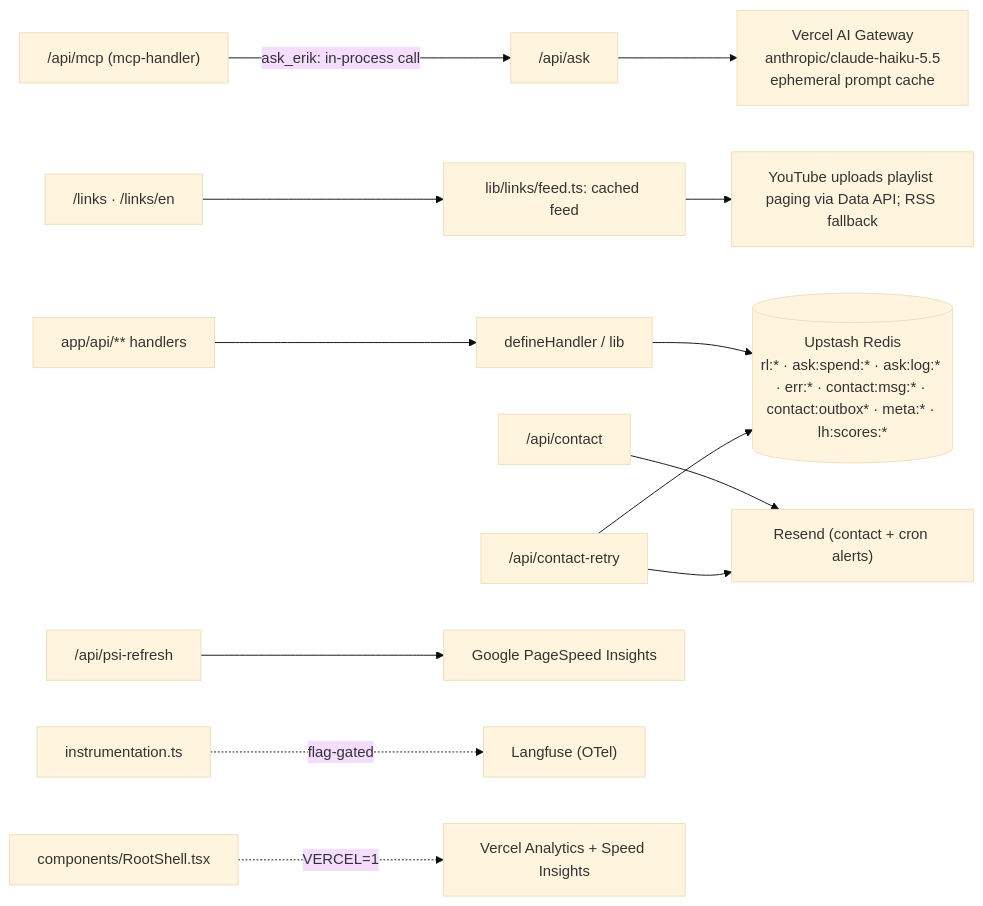
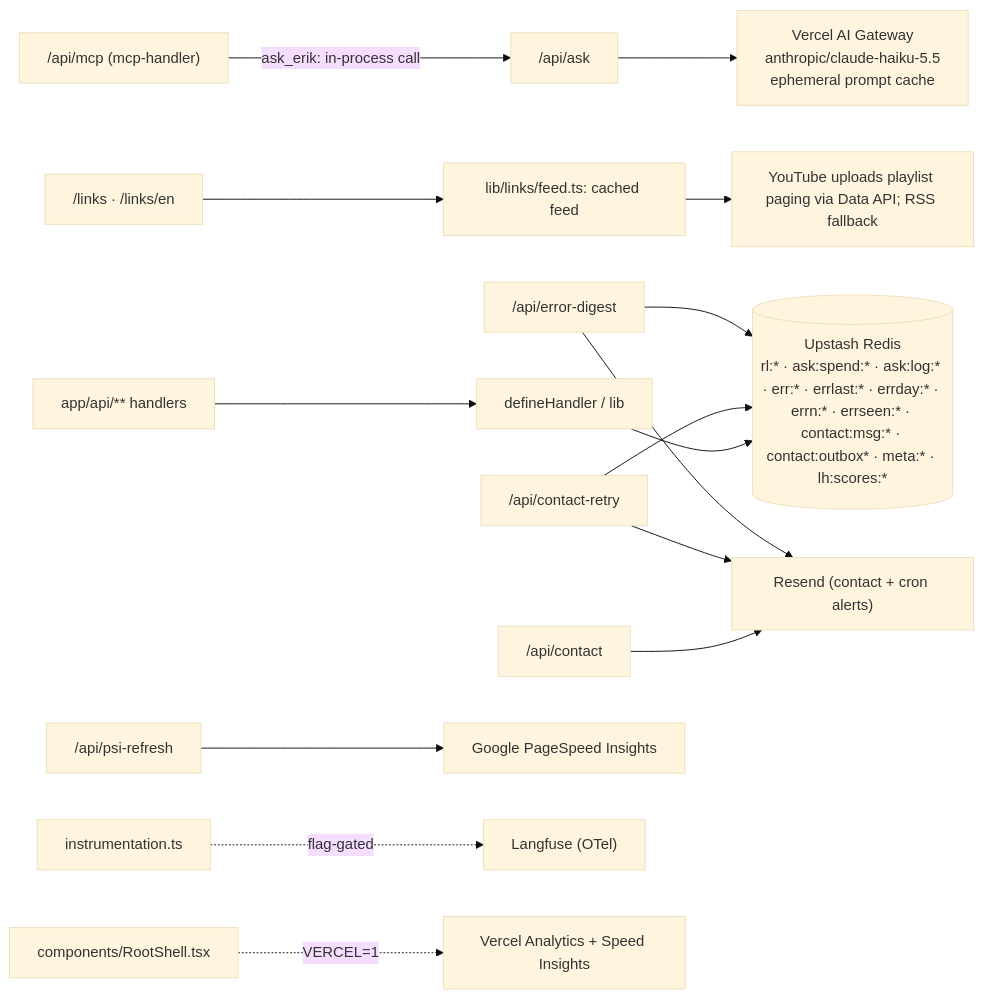
Before and after one commit to erikunha/portfolio: the diagram in docs/05-api-and-integrations.md, drawn with Mermaid (base theme). The commit also changed other lines of this file and 1454 other files, not shown here.

First line of the commit message:
refactor(architecture): milestones M0 to M14 and native ci:full (#423)

````diff
--- a/docs/05-api-and-integrations.md
+++ b/docs/05-api-and-integrations.md
@@ -82,15 +89,17 @@
 ```mermaid
 flowchart LR
     routes["app/api/** handlers"] --> defh["defineHandler / lib"]
-    defh --> redis[("Upstash Redis<br/>rl:* · ask:spend:* · ask:log:* · err:* · contact:msg:* · contact:outbox* · meta:* · lh:scores:*")]
+    defh --> redis[("Upstash Redis<br/>rl:* · ask:spend:* · ask:log:* · err:* · errlast:* · errday:* · errn:* · errseen:* · contact:msg:* · contact:outbox* · meta:* · lh:scores:*")]
     ask["/api/ask"] --> gw["Vercel AI Gateway<br/>anthropic/claude-haiku-5.5<br/>ephemeral prompt cache"]
     mcp["/api/mcp (mcp-handler)"] -->|ask_erik: in-process call| ask
     linkpages["/links · /links/en"] --> links["lib/links/feed.ts: cached feed"]
     links --> youtube["YouTube uploads playlist paging via Data API; RSS fallback"]
     contact["/api/contact"] --> resend["Resend (contact + cron alerts)"]
     retry["/api/contact-retry"] --> redis
     retry --> resend
+    digest["/api/error-digest"] --> redis
+    digest --> resend
     psicron["/api/psi-refresh"] --> psi["Google PageSpeed Insights"]
     instr["instrumentation.ts"] -.flag-gated.-> lf["Langfuse (OTel)"]
     layout["components/RootShell.tsx"] -.VERCEL=1.-> rum["Vercel Analytics + Speed Insights"]
 ```
````
